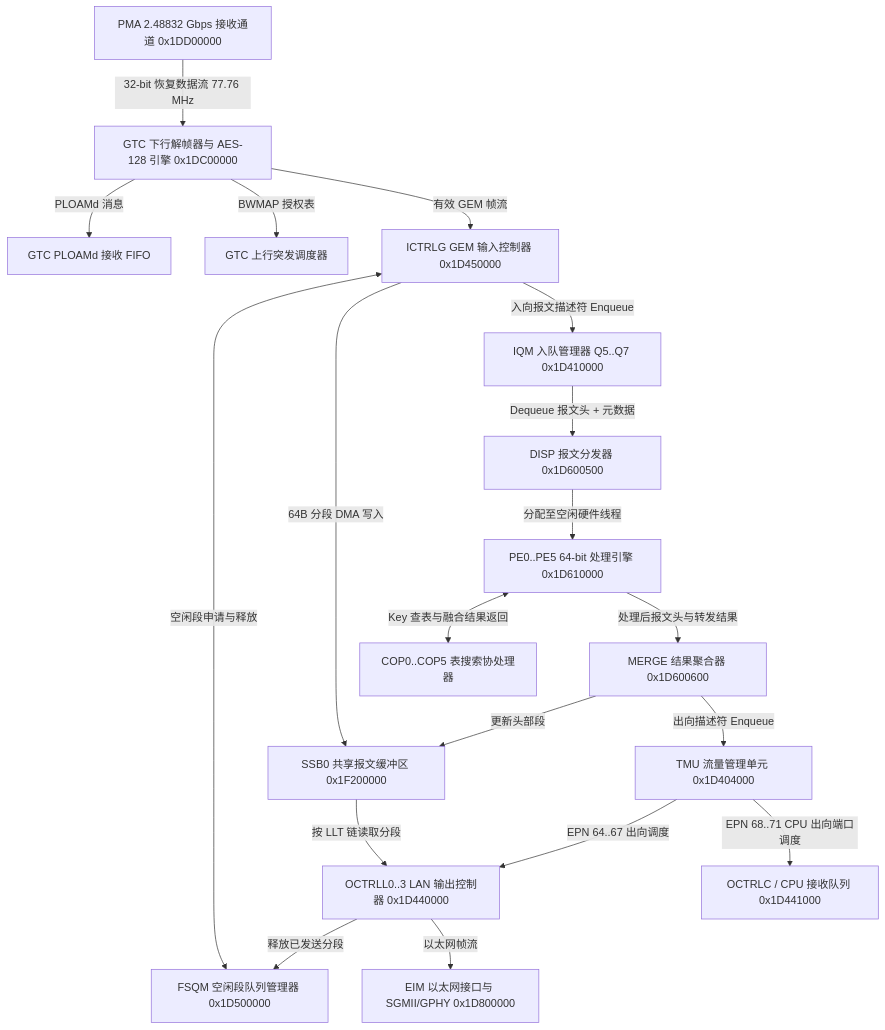
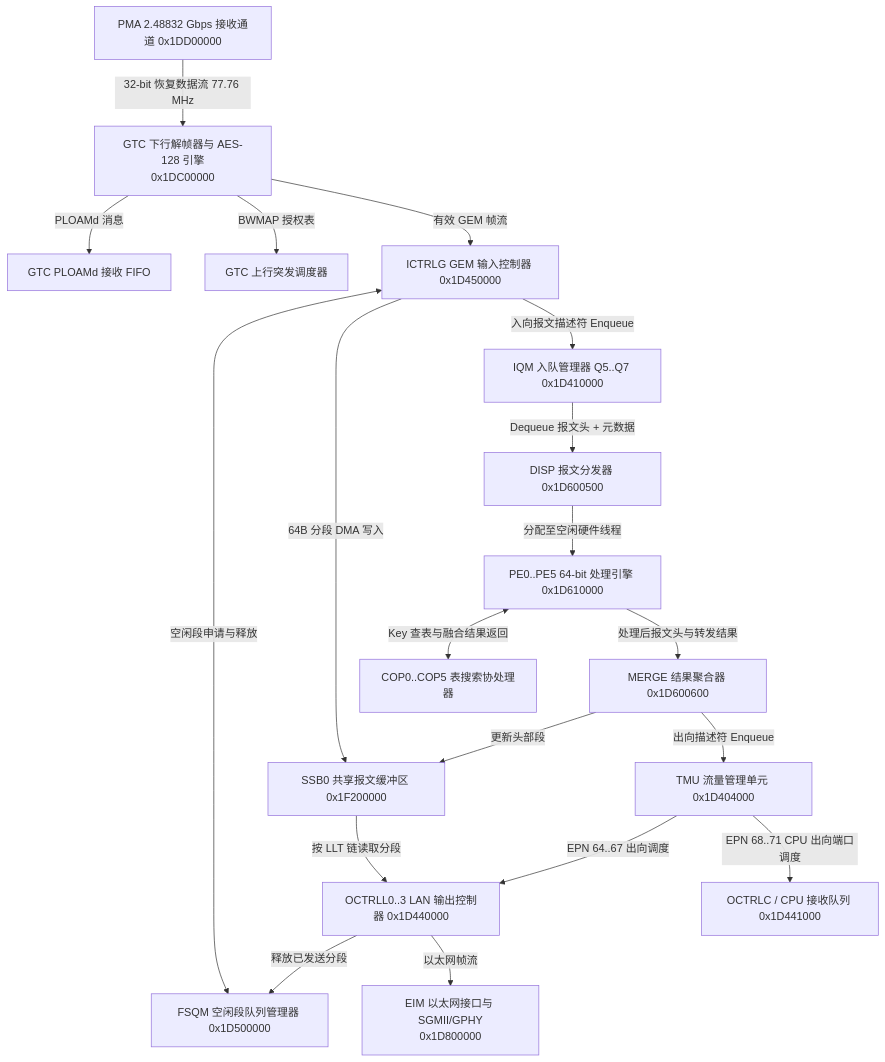
The diagram in 08_data_flow/01_rx_datapath.md (difanz/lantiq-falcon-s-docs), drawn with Mermaid before and after one commit. The commit also changed 33 other files, not shown here.

Commit message:
Improve diagram readability and adopt the Material theme

````diff
--- a/08_data_flow/01_rx_datapath.md
+++ b/08_data_flow/01_rx_datapath.md
@@ -5,21 +5,21 @@
 ```mermaid
 flowchart TD
-    PMA["PMA 2.48832 Gbps 接收通道 0x1DD00000"] -->|32-bit 恢复数据流 77.76 MHz| GTC["GTC 下行解帧器与 AES-128 引擎 0x1DC00000"]
+    PMA["PMA 2.48832 Gbps 接收通道 0x1DD00000"] -->|32-bit 恢复数据流 77.76 MHz| GTC["GTC 下行解帧器与 AES-128 引擎<br/>0x1DC00000"]
     GTC -->|PLOAMd 消息| PLOAM_FIFO["GTC PLOAMd 接收 FIFO"]
     GTC -->|BWMAP 授权表| GTC_TX["GTC 上行突发调度器"]
     GTC -->|有效 GEM 帧流| ICTRLG["ICTRLG GEM 输入控制器 0x1D450000"]
     ICTRLG <-->|空闲段申请与释放| FSQM["FSQM 空闲段队列管理器 0x1D500000"]
     ICTRLG -->|64B 分段 DMA 写入| SSB0["SSB0 共享报文缓冲区 0x1F200000"]
     ICTRLG -->|入向报文描述符 Enqueue| IQM["IQM 入队管理器 Q5..Q7 0x1D410000"]
     IQM -->|Dequeue 报文头 + 元数据| DISP["DISP 报文分发器 0x1D600500"]
     DISP -->|分配至空闲硬件线程| PE["PE0..PE5 64-bit 处理引擎 0x1D610000"]
     PE <-->|Key 查表与融合结果返回| COP["COP0..COP5 表搜索协处理器"]
     PE -->|处理后报文头与转发结果| MERGE["MERGE 结果聚合器 0x1D600600"]
     MERGE -->|更新头部段| SSB0
     MERGE -->|出向描述符 Enqueue| TMU["TMU 流量管理单元 0x1D404000"]
     TMU -->|EPN 64..67 出向调度| OCTRLL["OCTRLL0..3 LAN 输出控制器 0x1D440000"]
     TMU -->|EPN 68..71 CPU 出向端口调度| OCTRLC["OCTRLC / CPU 接收队列 0x1D441000"]
     SSB0 -->|按 LLT 链读取分段| OCTRLL
     OCTRLL -->|释放已发送分段| FSQM
-    OCTRLL -->|以太网帧流| EIM["EIM 以太网接口与 SGMII/GPHY 0x1D800000"]
+    OCTRLL -->|以太网帧流| EIM["EIM 以太网接口与 SGMII/GPHY<br/>0x1D800000"]
 ```
````
